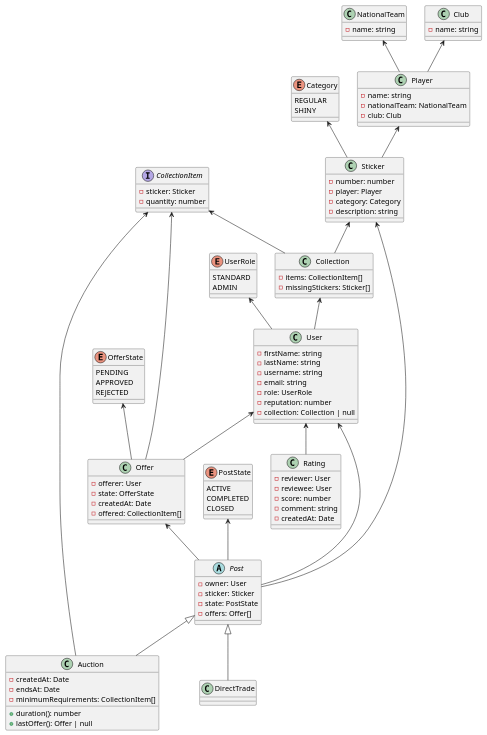
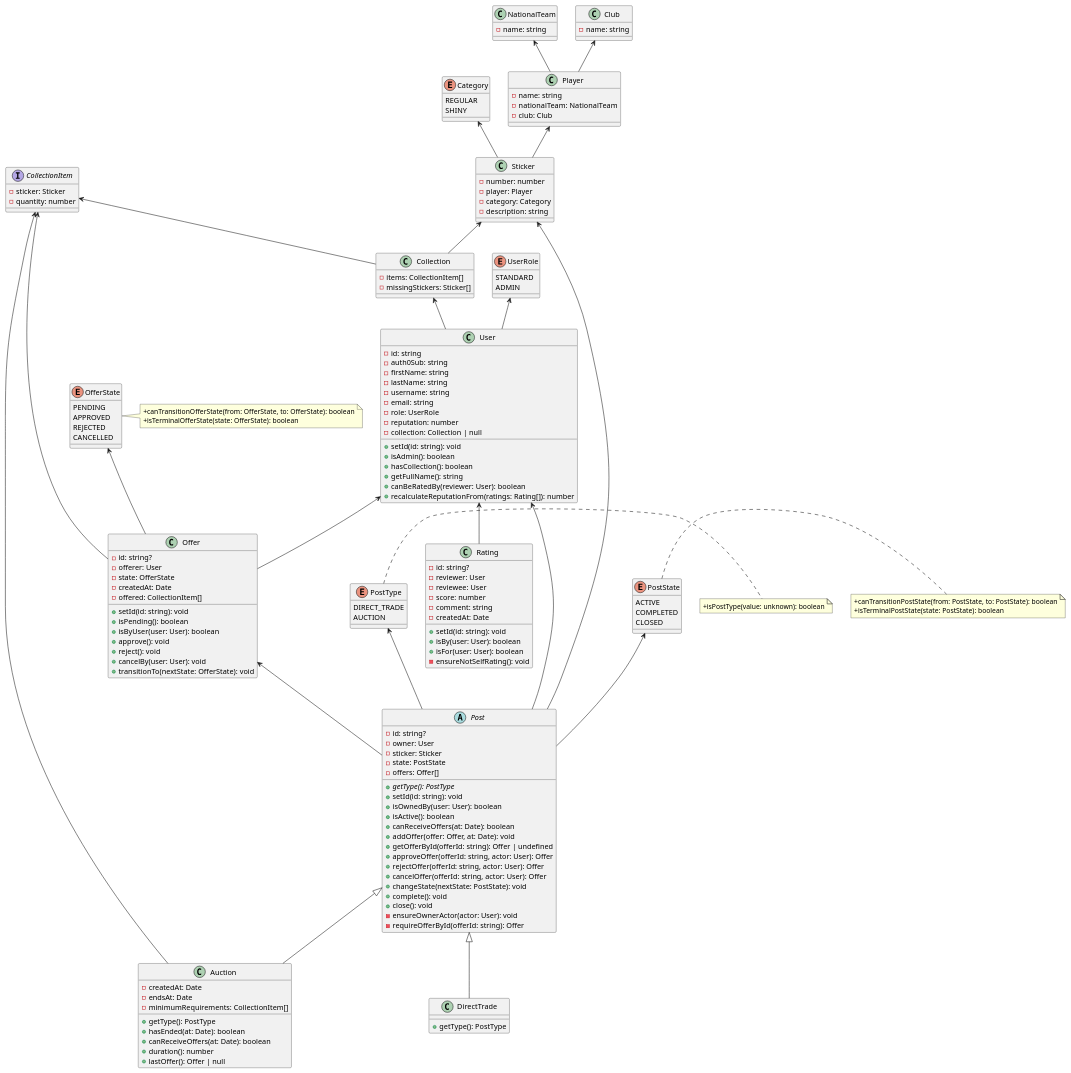
One commit to AgustinCarlanaRivero/tacs-grupo-1 changed the diagram in backend/class-diagram.puml. Above: the diagram before and after it, drawn with PlantUML. The commit also changed 26 other files, not shown here.

Commit message:
actualizaciones users, offers, posts y ratings

```diff
--- a/backend/class-diagram.puml
+++ b/backend/class-diagram.puml
@@ -1,126 +1,189 @@
 @startuml class-diagram
 
 enum Category {
   REGULAR
   SHINY
 }
 
 enum UserRole {
   STANDARD
   ADMIN
 }
 
 enum OfferState {
   PENDING
   APPROVED
   REJECTED
+  CANCELLED
 }
+
+note right of OfferState
+  +canTransitionOfferState(from: OfferState, to: OfferState): boolean
+  +isTerminalOfferState(state: OfferState): boolean
+end note
 
 enum PostState {
   ACTIVE
   COMPLETED
   CLOSED
 }
+
+note right of PostState
+  +canTransitionPostState(from: PostState, to: PostState): boolean
+  +isTerminalPostState(state: PostState): boolean
+end note
+
+enum PostType {
+  DIRECT_TRADE
+  AUCTION
+}
+
+note right of PostType
+  +isPostType(value: unknown): boolean
+end note
 
 class NationalTeam {
   -name: string
 }
 
 class Club {
   -name: string
 }
 
 class Player {
   -name: string
   -nationalTeam: NationalTeam
   -club: Club
 }
 
 class Sticker {
   -number: number
   -player: Player
   -category: Category
   -description: string
 }
 
 class User {
+  -id: string
+  -auth0Sub: string
   -firstName: string
   -lastName: string
   -username: string
   -email: string
   -role: UserRole
   -reputation: number
   -collection: Collection | null
+  +setId(id: string): void
+  +isAdmin(): boolean
+  +hasCollection(): boolean
+  +getFullName(): string
+  +canBeRatedBy(reviewer: User): boolean
+  +recalculateReputationFrom(ratings: Rating[]): number
 }
 
 class Collection {
   -items: CollectionItem[]
   -missingStickers: Sticker[]
 }
 
 class Rating {
+  -id: string?
   -reviewer: User
   -reviewee: User
   -score: number
   -comment: string
   -createdAt: Date
+  +setId(id: string): void
+  +isBy(user: User): boolean
+  +isFor(user: User): boolean
+  -ensureNotSelfRating(): void
 }
 
 interface CollectionItem { 
   -sticker: Sticker
   -quantity: number
 }
 
 class Offer {
+  -id: string?
   -offerer: User
   -state: OfferState
   -createdAt: Date
   -offered: CollectionItem[]
+  +setId(id: string): void
+  +isPending(): boolean
+  +isByUser(user: User): boolean
+  +approve(): void
+  +reject(): void
+  +cancelBy(user: User): void
+  +transitionTo(nextState: OfferState): void
 }
 
 abstract class Post {
+  -id: string?
   -owner: User
   -sticker: Sticker
   -state: PostState
   -offers: Offer[]
+  {abstract} +getType(): PostType
+  +setId(id: string): void
+  +isOwnedBy(user: User): boolean
+  +isActive(): boolean
+  +canReceiveOffers(at: Date): boolean
+  +addOffer(offer: Offer, at: Date): void
+  +getOfferById(offerId: string): Offer | undefined
+  +approveOffer(offerId: string, actor: User): Offer
+  +rejectOffer(offerId: string, actor: User): Offer
+  +cancelOffer(offerId: string, actor: User): Offer
+  +changeState(nextState: PostState): void
+  +complete(): void
+  +close(): void
+  -ensureOwnerActor(actor: User): void
+  -requireOfferById(offerId: string): Offer
 }
 
-class DirectTrade
+class DirectTrade {
+  +getType(): PostType
+}
 
 class Auction {
   -createdAt: Date
   -endsAt: Date
   -minimumRequirements: CollectionItem[]
+  +getType(): PostType
+  +hasEnded(at: Date): boolean
+  +canReceiveOffers(at: Date): boolean
   +duration(): number
   +lastOffer(): Offer | null
 }
 
 NationalTeam <-- Player
 Club <-- Player
 
 Player <-- Sticker
 Category <-- Sticker
 
 Sticker <-- Collection
 CollectionItem <-- Collection
 
 User <-- Rating
 
 UserRole <-- User
 Collection <-- User
 
 User <-- Offer
 CollectionItem <-- Offer
 OfferState <-- Offer
 
 User <-- Post
 Sticker <-- Post
 Offer <-- Post
 PostState <-- Post
+PostType <-- Post
 
 Post <|-- DirectTrade
 Post <|-- Auction
 
 CollectionItem <-- Auction
 
 @enduml
```
